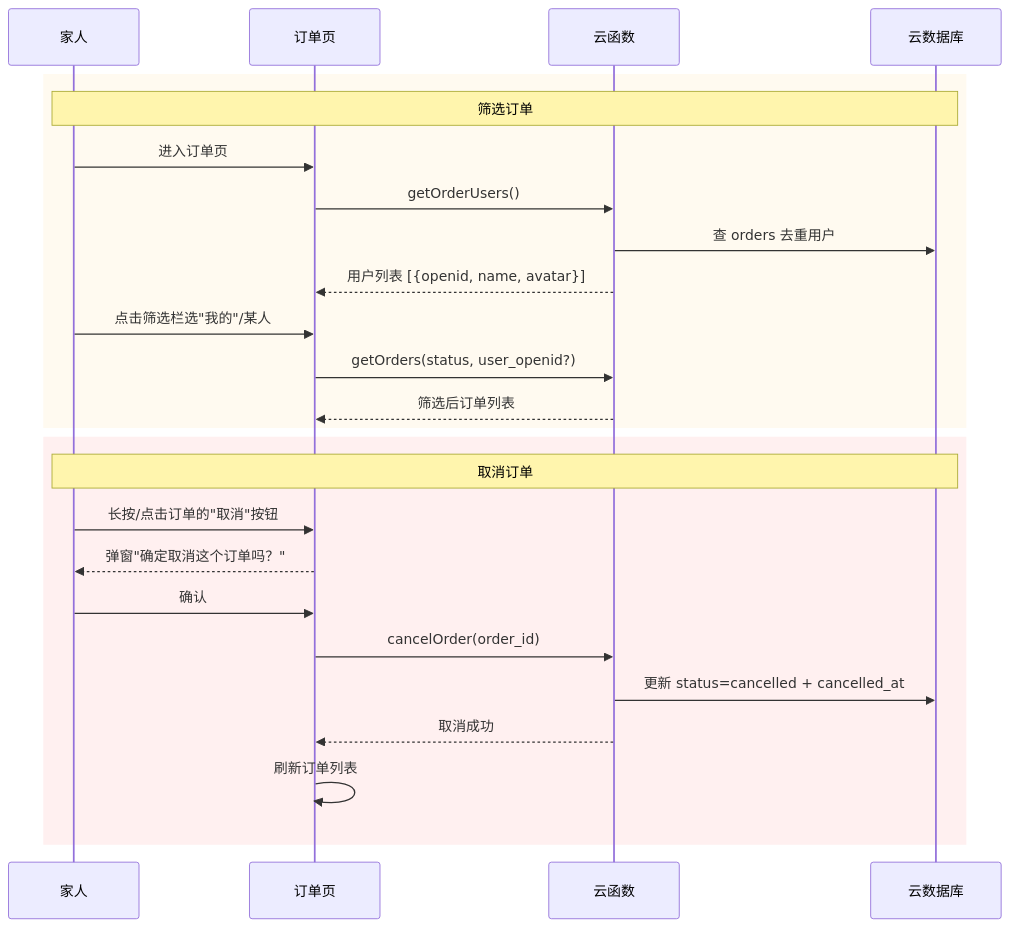
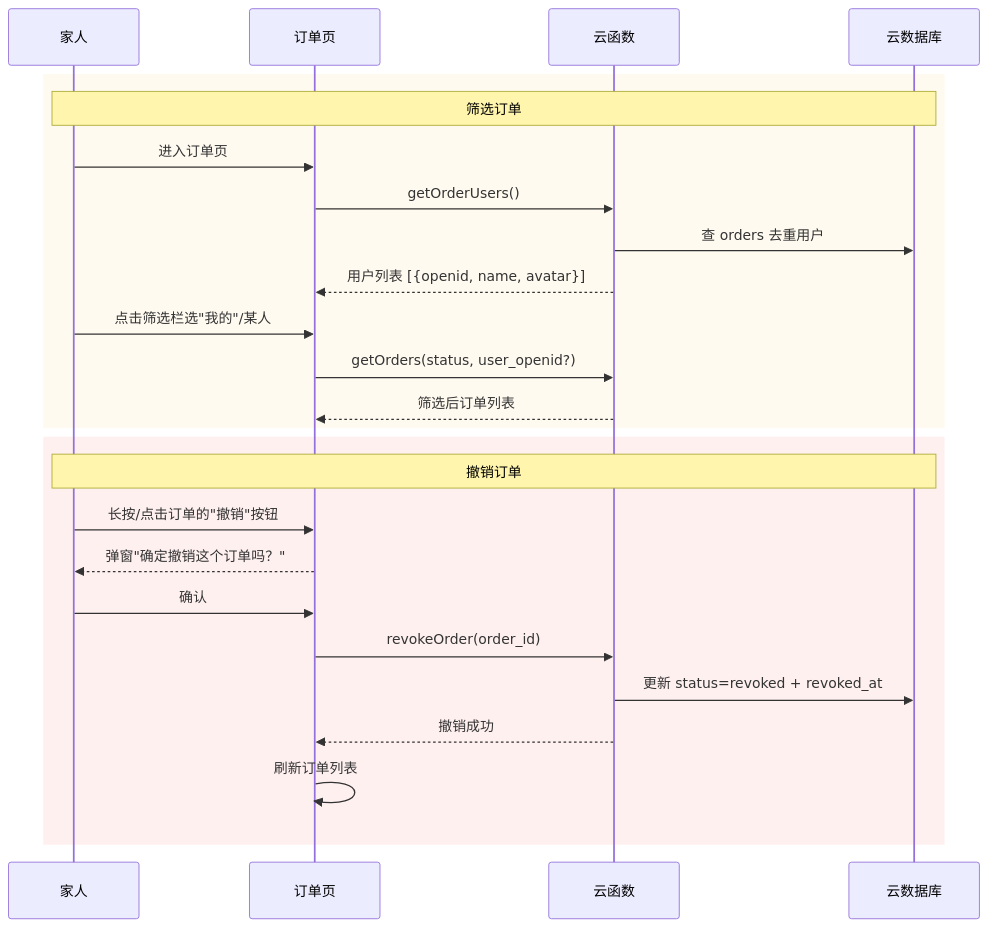
One commit to Max-zhang-code/food changed the second of 2 diagrams in .codestable/features/2026-07-03-order-delete-filter/order-delete-filter-design.md. Above: the diagram before and after it, drawn with Mermaid. The commit also changed other lines of this file and 6 other files, not shown here.

````diff
--- a/.codestable/features/2026-07-03-order-delete-filter/order-delete-filter-design.md
+++ b/.codestable/features/2026-07-03-order-delete-filter/order-delete-filter-design.md
@@ -216,29 +216,29 @@
 ```mermaid
 sequenceDiagram
     participant U as 家人
     participant MP as 订单页
     participant CF as 云函数
     participant DB as 云数据库
 
     rect rgb(255, 250, 240)
         Note over U,DB: 筛选订单
         U->>MP: 进入订单页
         MP->>CF: getOrderUsers()
         CF->>DB: 查 orders 去重用户
         CF-->>MP: 用户列表 [{openid, name, avatar}]
         U->>MP: 点击筛选栏选"我的"/某人
         MP->>CF: getOrders(status, user_openid?)
         CF-->>MP: 筛选后订单列表
     end
 
     rect rgb(255, 240, 240)
-        Note over U,DB: 取消订单
-        U->>MP: 长按/点击订单的"取消"按钮
-        MP-->>U: 弹窗"确定取消这个订单吗？"
+        Note over U,DB: 撤销订单
+        U->>MP: 长按/点击订单的"撤销"按钮
+        MP-->>U: 弹窗"确定撤销这个订单吗？"
         U->>MP: 确认
-        MP->>CF: cancelOrder(order_id)
-        CF->>DB: 更新 status=cancelled + cancelled_at
-        CF-->>MP: 取消成功
+        MP->>CF: revokeOrder(order_id)
+        CF->>DB: 更新 status=revoked + revoked_at
+        CF-->>MP: 撤销成功
         MP->>MP: 刷新订单列表
     end
 ```
````
